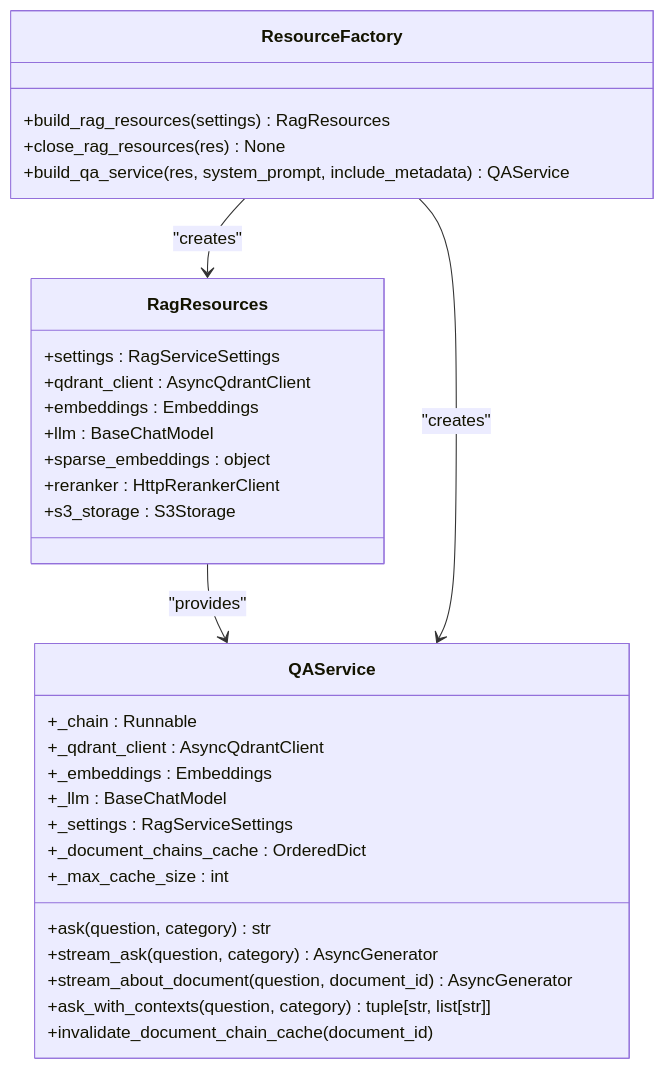
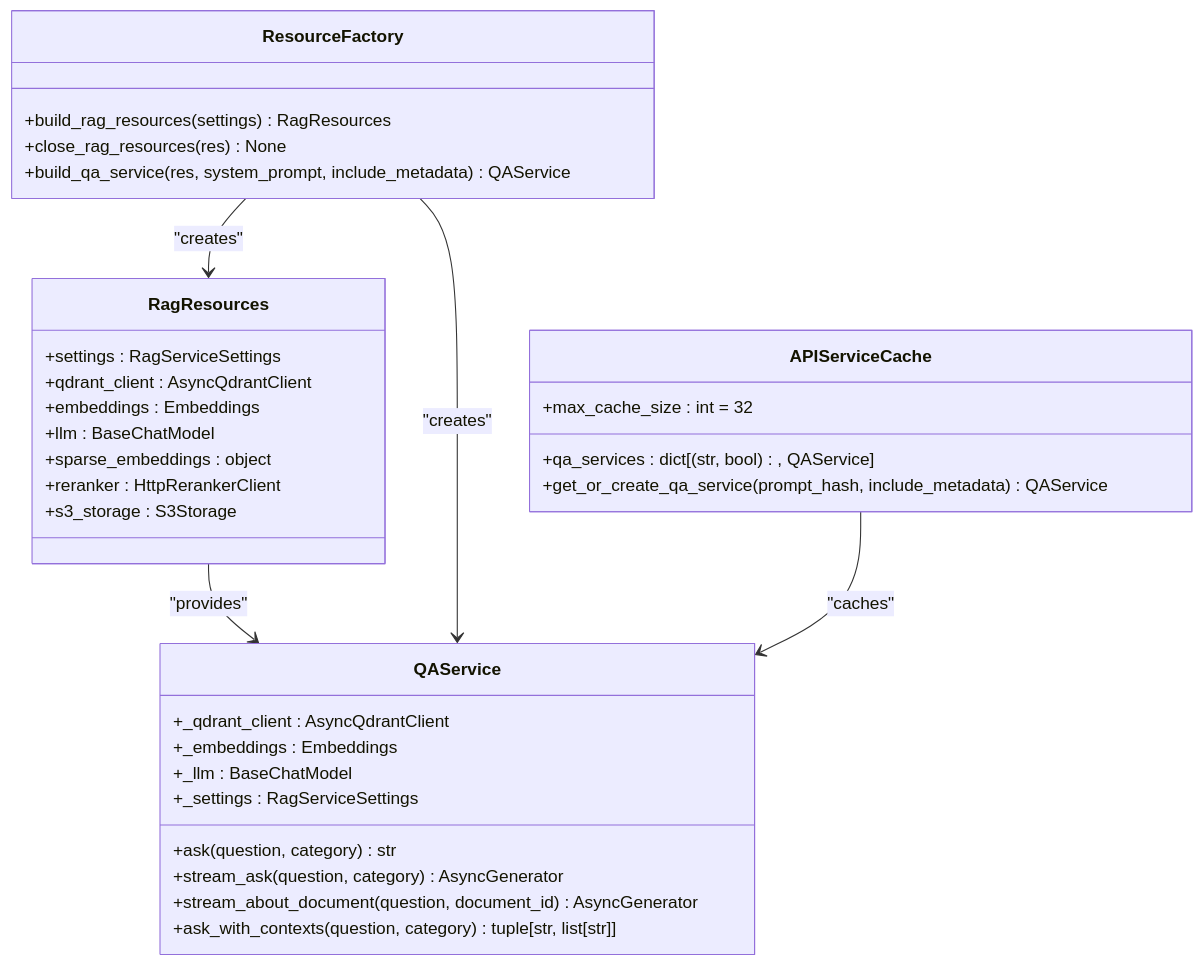
Diagram 21 of 24 in .qoder/repowiki/en/content/API Reference/RAG Microservice Architecture.md (ognelis/cafetera_hr_bot), drawn with Mermaid before and after one commit. The commit also changed other lines of this file and 12 other files, not shown here.

````diff
--- a/.qoder/repowiki/en/content/API Reference/RAG Microservice Architecture.md
+++ b/.qoder/repowiki/en/content/API Reference/RAG Microservice Architecture.md
@@ -972,34 +1001,36 @@
 ```mermaid
 classDiagram
 class RagResources {
 +settings : RagServiceSettings
 +qdrant_client : AsyncQdrantClient
 +embeddings : Embeddings
 +llm : BaseChatModel
 +sparse_embeddings : object
 +reranker : HttpRerankerClient
 +s3_storage : S3Storage
 }
 class QAService {
-+_chain : Runnable
 +_qdrant_client : AsyncQdrantClient
 +_embeddings : Embeddings
 +_llm : BaseChatModel
 +_settings : RagServiceSettings
-+_document_chains_cache : OrderedDict
-+_max_cache_size : int
 +ask(question, category) str
 +stream_ask(question, category) AsyncGenerator
 +stream_about_document(question, document_id) AsyncGenerator
 +ask_with_contexts(question, category) tuple[str, list[str]]
-+invalidate_document_chain_cache(document_id)
 }
 class ResourceFactory {
 +build_rag_resources(settings) RagResources
 +close_rag_resources(res) None
 +build_qa_service(res, system_prompt, include_metadata) QAService
 }
+class APIServiceCache {
++qa_services : dict[(str, bool), QAService]
++max_cache_size : int = 32
++get_or_create_qa_service(prompt_hash, include_metadata) QAService
+}
 RagResources --> QAService : "provides"
 ResourceFactory --> RagResources : "creates"
 ResourceFactory --> QAService : "creates"
+APIServiceCache --> QAService : "caches"
 ```
````
